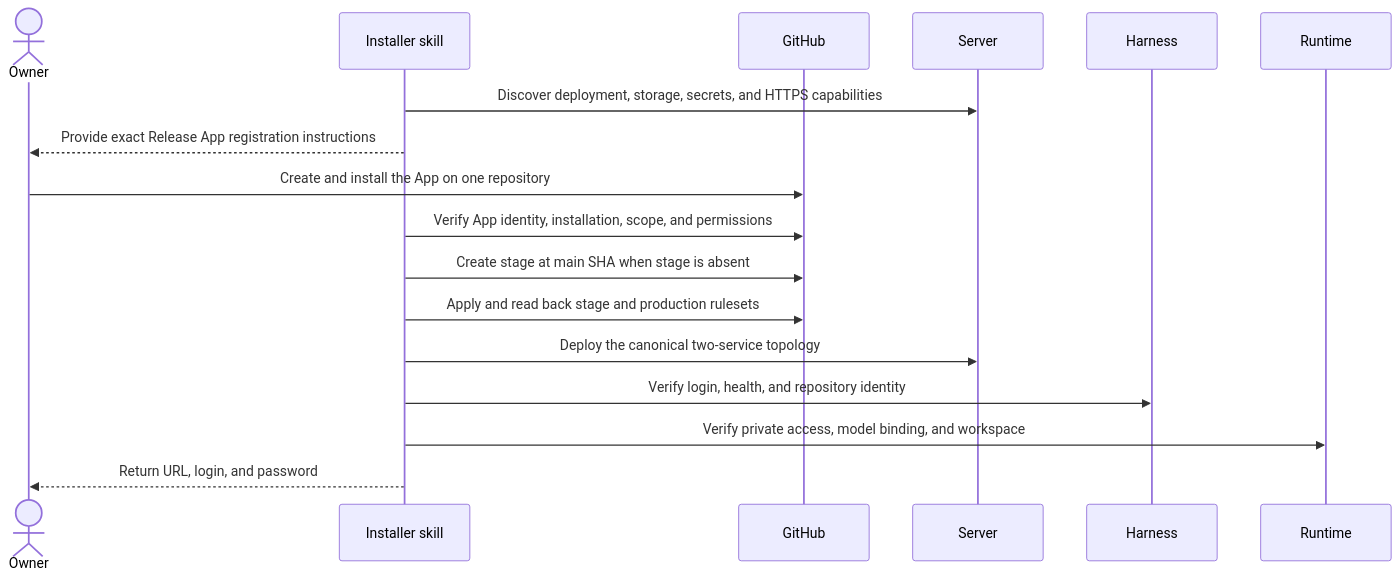
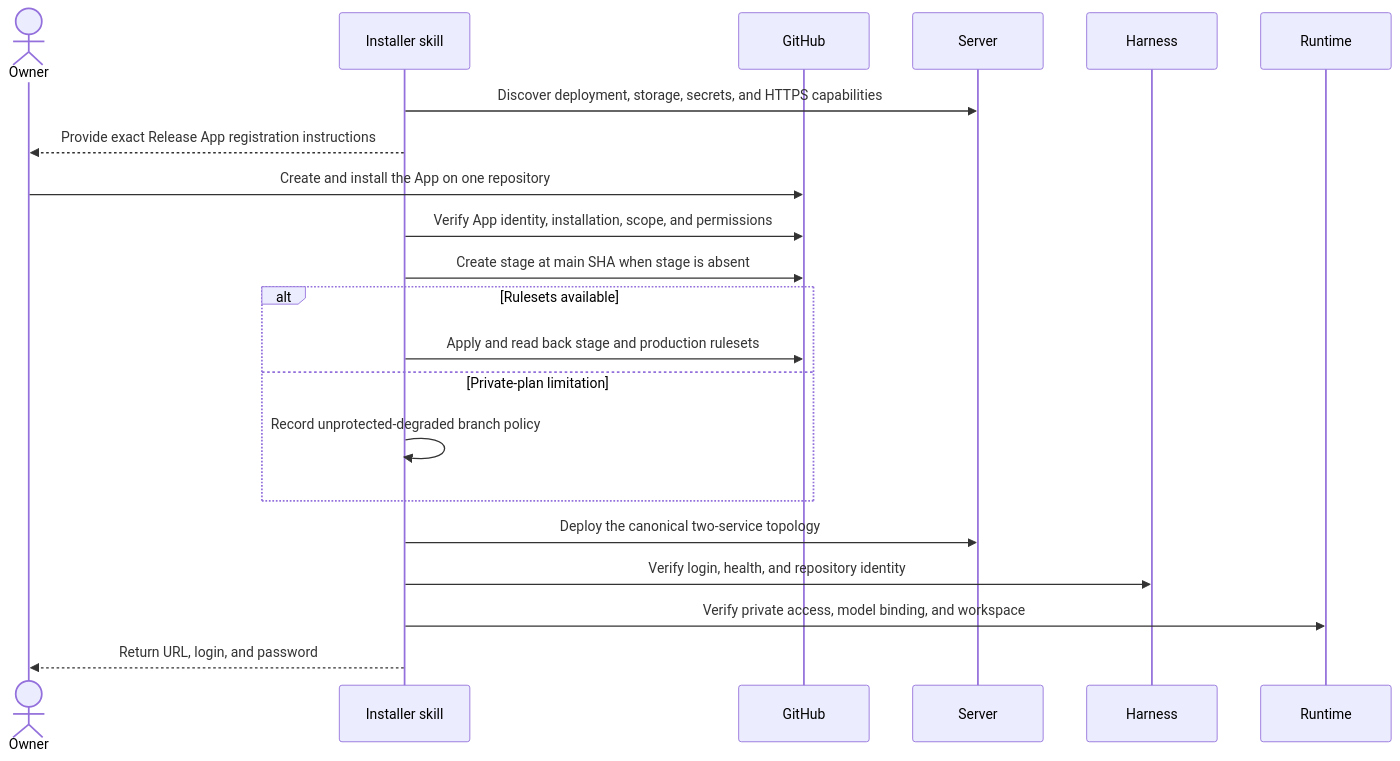
One commit to Void0dev/harness changed the second of 6 diagrams in README.md. Above: the diagram before and after it, drawn with Mermaid. The commit also changed other lines of this file and 5 other files, not shown here.

Commit message:
Support Harness installs without GitHub Team

````diff
--- a/README.md
+++ b/README.md
@@ -49,20 +49,24 @@
 ```mermaid
 sequenceDiagram
     actor Owner
     participant Skill as Installer skill
     participant GitHub
     participant Server
     participant Harness
     participant Runtime
 
     Skill->>Server: Discover deployment, storage, secrets, and HTTPS capabilities
     Skill-->>Owner: Provide exact Release App registration instructions
     Owner->>GitHub: Create and install the App on one repository
     Skill->>GitHub: Verify App identity, installation, scope, and permissions
     Skill->>GitHub: Create stage at main SHA when stage is absent
-    Skill->>GitHub: Apply and read back stage and production rulesets
+    alt Rulesets available
+        Skill->>GitHub: Apply and read back stage and production rulesets
+    else Private-plan limitation
+        Skill->>Skill: Record unprotected-degraded branch policy
+    end
     Skill->>Server: Deploy the canonical two-service topology
     Skill->>Harness: Verify login, health, and repository identity
     Skill->>Runtime: Verify private access, model binding, and workspace
     Skill-->>Owner: Return URL, login, and password
 ```
````
